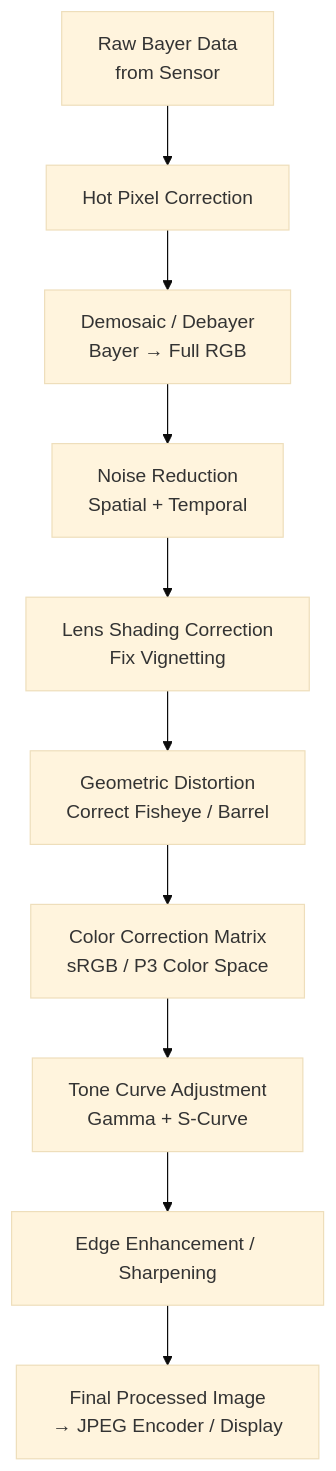
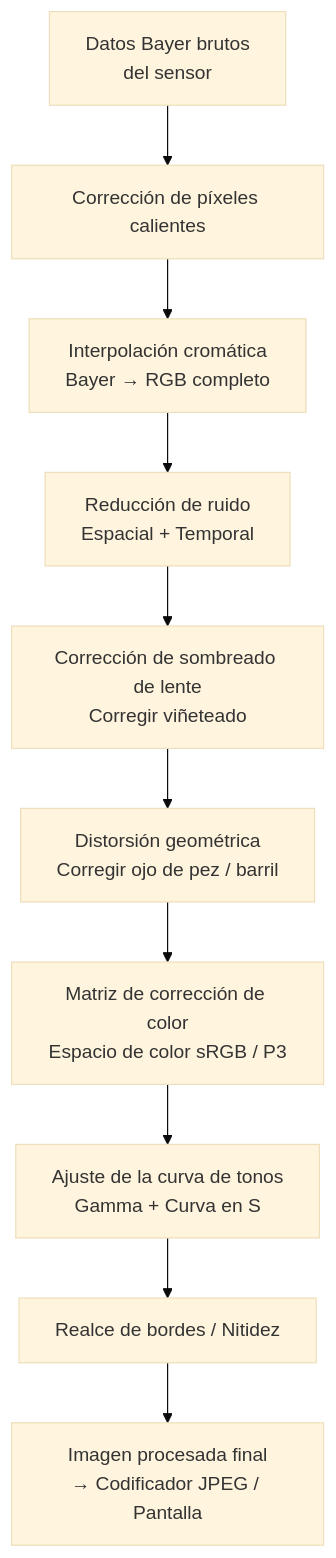
The third of 5 diagrams in website/i18n/es/docusaurus-plugin-content-docs/current/camera2/understanding-smartphone-cameras.md (zoozooll/AndroidCameraParameters), drawn with Mermaid (base theme) before and after one commit. The commit also changed other lines of this file and 378 other files, not shown here.

````diff
--- a/website/i18n/es/docusaurus-plugin-content-docs/current/camera2/understanding-smartphone-cameras.md
+++ b/website/i18n/es/docusaurus-plugin-content-docs/current/camera2/understanding-smartphone-cameras.md
@@ -141,12 +141,12 @@
 ```mermaid
 flowchart TD
-    A[Raw Bayer Data\nfrom Sensor] --> B[Hot Pixel Correction]
-    B --> C[Demosaic / Debayer\nBayer → Full RGB]
-    C --> D[Noise Reduction\nSpatial + Temporal]
-    D --> E[Lens Shading Correction\nFix Vignetting]
-    E --> F[Geometric Distortion\nCorrect Fisheye / Barrel]
-    F --> G[Color Correction Matrix\nsRGB / P3 Color Space]
-    G --> H[Tone Curve Adjustment\nGamma + S-Curve]
-    H --> I[Edge Enhancement / Sharpening]
-    I --> J[Final Processed Image\n→ JPEG Encoder / Display]
+    A["Datos Bayer brutos<br/>del sensor"] --> B["Corrección de píxeles calientes"]
+    B --> C[Interpolación cromática<br/>Bayer → RGB completo]
+    C --> D[Reducción de ruido<br/>Espacial + Temporal]
+    D --> E[Corrección de sombreado de lente<br/>Corregir viñeteado]
+    E --> F[Distorsión geométrica<br/>Corregir ojo de pez / barril]
+    F --> G[Matriz de corrección de color<br/>Espacio de color sRGB / P3]
+    G --> H[Ajuste de la curva de tonos<br/>Gamma + Curva en S]
+    H --> I[Realce de bordes / Nitidez]
+    I --> J[Imagen procesada final<br/>→ Codificador JPEG / Pantalla]
 ```
````
